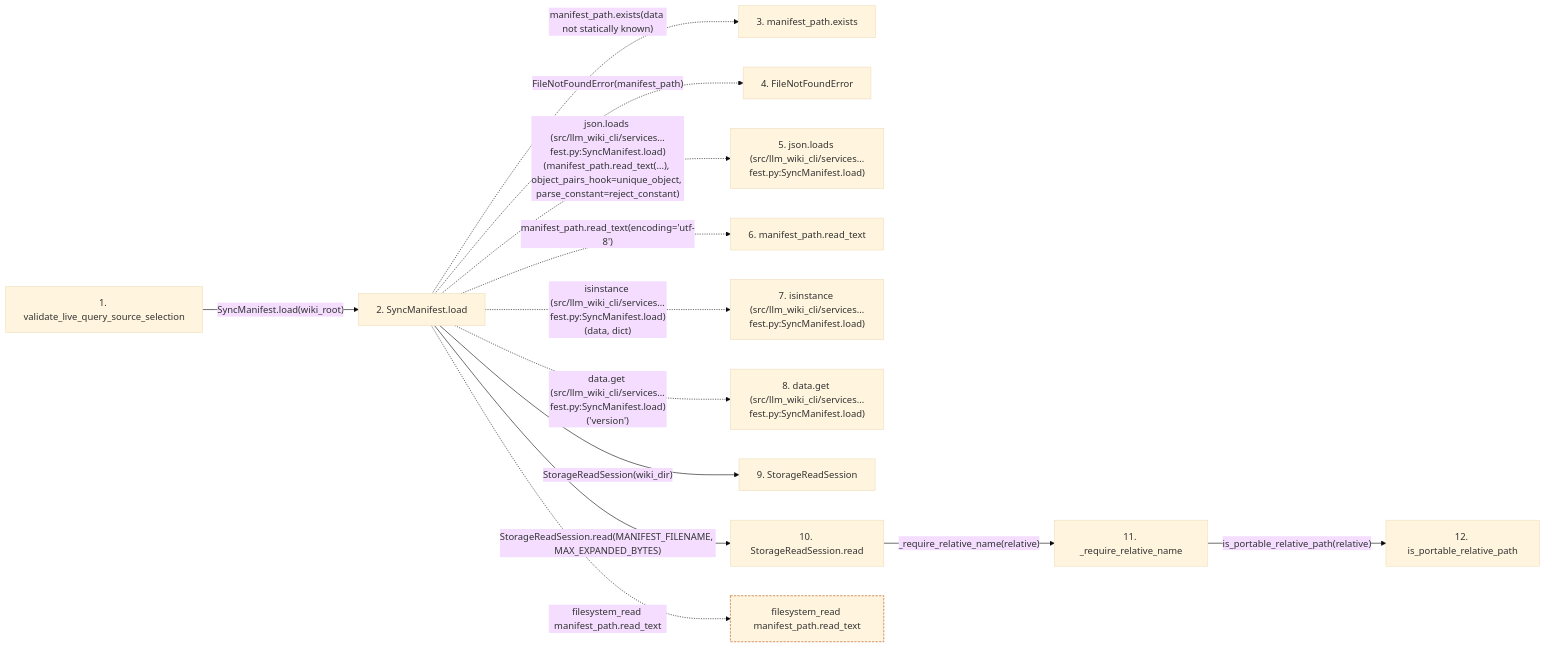
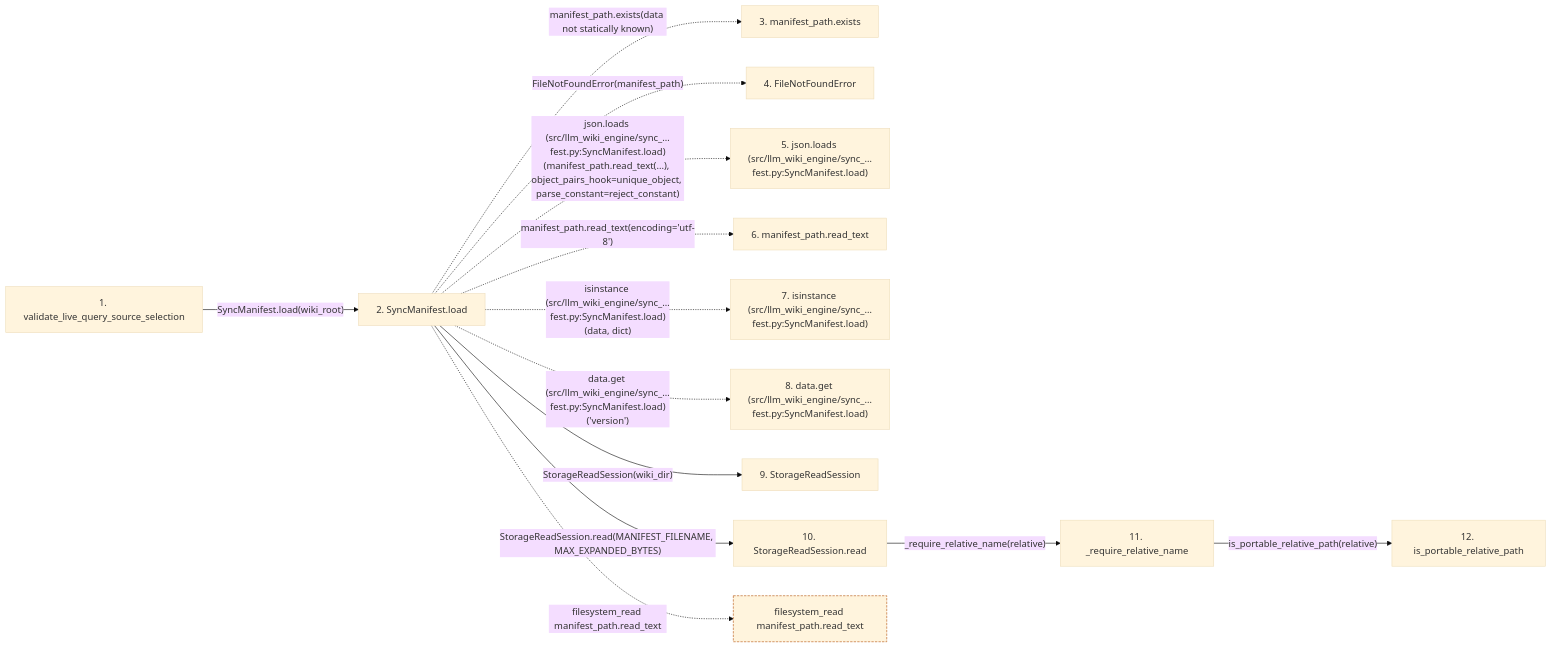
The second of 2 diagrams in docs/llm_wiki/flows/api-validate_live_query_source_selection.md (Denissvgn/python-wiki-llm), drawn with Mermaid (base theme) before and after one commit. The commit also changed other lines of this file and 1058 other files, not shown here.

````diff
--- a/docs/llm_wiki/flows/api-validate_live_query_source_selection.md
+++ b/docs/llm_wiki/flows/api-validate_live_query_source_selection.md
@@ -145,36 +145,36 @@
 ```mermaid
 flowchart LR
     s1["1. validate_live_query_source_selection"]
     s2["2. SyncManifest.load"]
     s3["3. manifest_path.exists"]
     s4["4. FileNotFoundError"]
-    s5["5. json.loads (src/llm_wiki_cli/services…fest.py:SyncManifest.load)"]
+    s5["5. json.loads (src/llm_wiki_engine/sync_…fest.py:SyncManifest.load)"]
     s6["6. manifest_path.read_text"]
-    s7["7. isinstance (src/llm_wiki_cli/services…fest.py:SyncManifest.load)"]
-    s8["8. data.get (src/llm_wiki_cli/services…fest.py:SyncManifest.load)"]
+    s7["7. isinstance (src/llm_wiki_engine/sync_…fest.py:SyncManifest.load)"]
+    s8["8. data.get (src/llm_wiki_engine/sync_…fest.py:SyncManifest.load)"]
     s9["9. StorageReadSession"]
     s10["10. StorageReadSession.read"]
     s11["11. _require_relative_name"]
     s12["12. is_portable_relative_path"]
     s1 -->|"SyncManifest.load(wiki_root)"| s2
     s2 -. "manifest_path.exists(data not statically known)" .-> s3
     s2 -. "FileNotFoundError(manifest_path)" .-> s4
-    s2 -. "json.loads (src/llm_wiki_cli/services…fest.py:SyncManifest.load)(manifest_path.read_text(...), object_pairs_hook=unique_object, parse_constant=reject_constant)" .-> s5
+    s2 -. "json.loads (src/llm_wiki_engine/sync_…fest.py:SyncManifest.load)(manifest_path.read_text(...), object_pairs_hook=unique_object, parse_constant=reject_constant)" .-> s5
     s2 -. "manifest_path.read_text(encoding='utf-8')" .-> s6
-    s2 -. "isinstance (src/llm_wiki_cli/services…fest.py:SyncManifest.load)(data, dict)" .-> s7
-    s2 -. "data.get (src/llm_wiki_cli/services…fest.py:SyncManifest.load)('version')" .-> s8
+    s2 -. "isinstance (src/llm_wiki_engine/sync_…fest.py:SyncManifest.load)(data, dict)" .-> s7
+    s2 -. "data.get (src/llm_wiki_engine/sync_…fest.py:SyncManifest.load)('version')" .-> s8
     s2 -->|"StorageReadSession(wiki_dir)"| s9
     s2 -->|"StorageReadSession.read(MANIFEST_FILENAME, MAX_EXPANDED_BYTES)"| s10
     s10 -->|"_require_relative_name(relative)"| s11
     s11 -->|"is_portable_relative_path(relative)"| s12
     b0["filesystem_read manifest_path.read_text"]
     s2 -. "filesystem_read manifest_path.read_text" .-> b0
     click s1 "../modules/documentation_query_builder.md"
     click s2 "../modules/sync_manifest.md"
     click s9 "../modules/knowledge_storage_io.md"
     click s10 "../modules/knowledge_storage_io.md"
     click s11 "../modules/knowledge_storage_io.md"
     click s12 "../modules/validation.md"
     classDef boundary stroke:#b45309,stroke-dasharray: 4 2
     class b0 boundary
 ```
````
